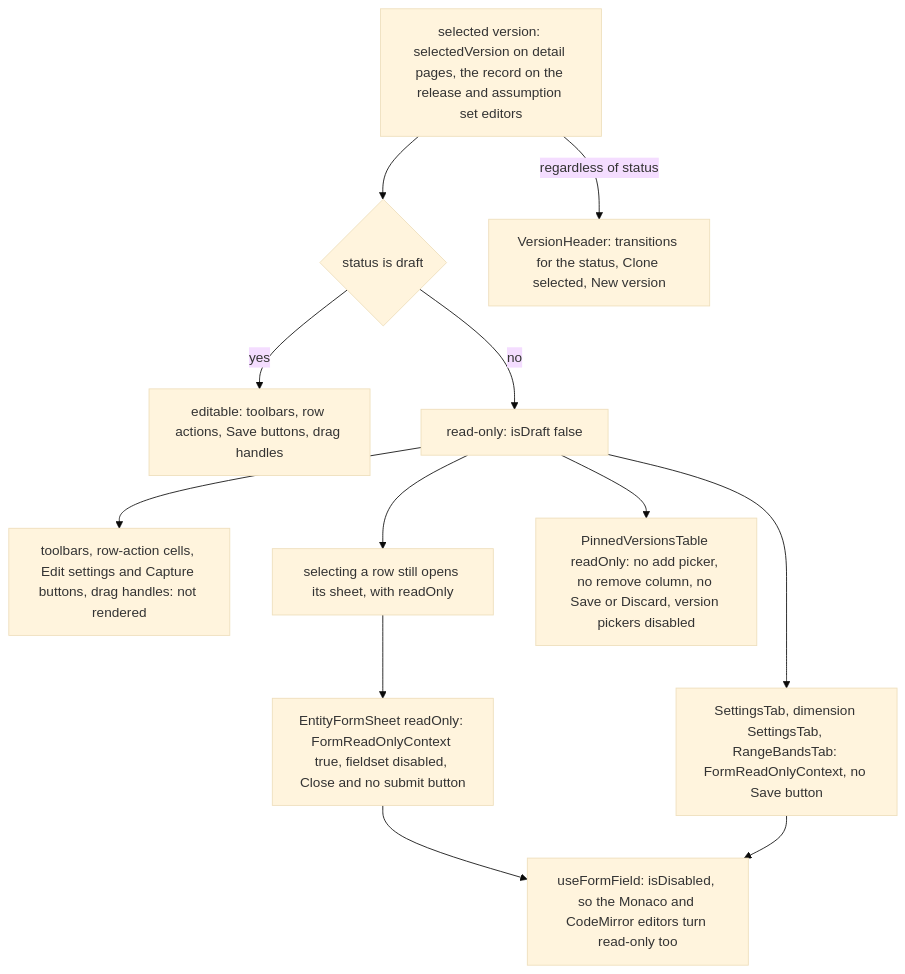
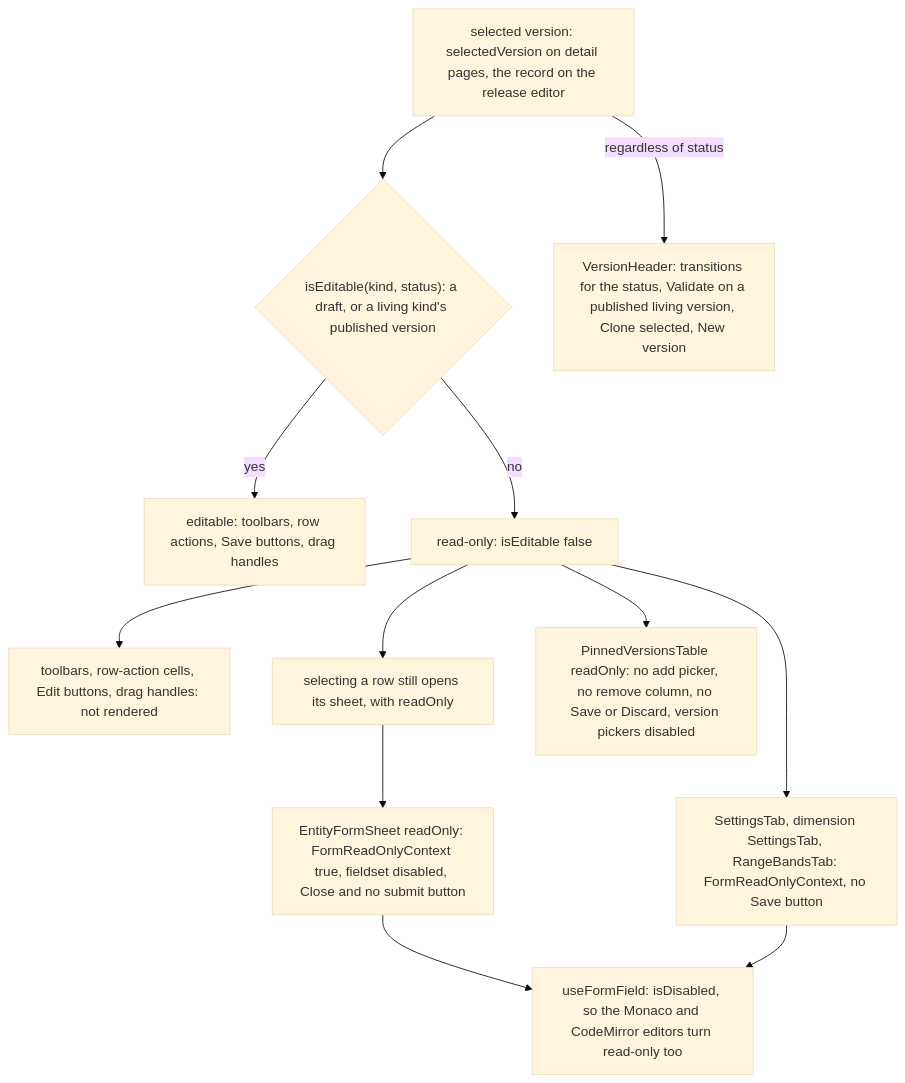
Diagram 11 of 11 in web/docs/architecture/04-critical-flows.md (chrisaliotta/Quantalytix.QueryEngine.Admin), drawn with Mermaid (base theme) before and after one commit. The commit also changed other lines of this file and 390 other files, not shown here.

First line of the commit message:
feat: enhance API documentation and architecture for versioning and assumption sets

````diff
--- a/web/docs/architecture/04-critical-flows.md
+++ b/web/docs/architecture/04-critical-flows.md
@@ -425,25 +422,25 @@
 ```mermaid
 flowchart TB
-    Selected["selected version: selectedVersion on detail pages, the record on the release and assumption set editors"]
-    IsDraft{"status is draft"}
+    Selected["selected version: selectedVersion on detail pages, the record on the release editor"]
+    IsEditable{"isEditable(kind, status): a draft, or a living kind's published version"}
     Editable["editable: toolbars, row actions, Save buttons, drag handles"]
-    ReadOnly["read-only: isDraft false"]
-    Hidden["toolbars, row-action cells, Edit settings and Capture buttons, drag handles: not rendered"]
+    ReadOnly["read-only: isEditable false"]
+    Hidden["toolbars, row-action cells, Edit buttons, drag handles: not rendered"]
     Sheets["selecting a row still opens its sheet, with readOnly"]
     SheetReadOnly["EntityFormSheet readOnly: FormReadOnlyContext true, fieldset disabled, Close and no submit button"]
     Inline["SettingsTab, dimension SettingsTab, RangeBandsTab: FormReadOnlyContext, no Save button"]
     Fields["useFormField: isDisabled, so the Monaco and CodeMirror editors turn read-only too"]
     Pinned["PinnedVersionsTable readOnly: no add picker, no remove column, no Save or Discard, version pickers disabled"]
-    Header["VersionHeader: transitions for the status, Clone selected, New version"]
-    Selected --> IsDraft
-    IsDraft -->|"yes"| Editable
-    IsDraft -->|"no"| ReadOnly
+    Header["VersionHeader: transitions for the status, Validate on a published living version, Clone selected, New version"]
+    Selected --> IsEditable
+    IsEditable -->|"yes"| Editable
+    IsEditable -->|"no"| ReadOnly
     ReadOnly --> Hidden
     ReadOnly --> Sheets
     Sheets --> SheetReadOnly
     SheetReadOnly --> Fields
     ReadOnly --> Inline
     Inline --> Fields
     ReadOnly --> Pinned
     Selected -->|"regardless of status"| Header
 ```
````
